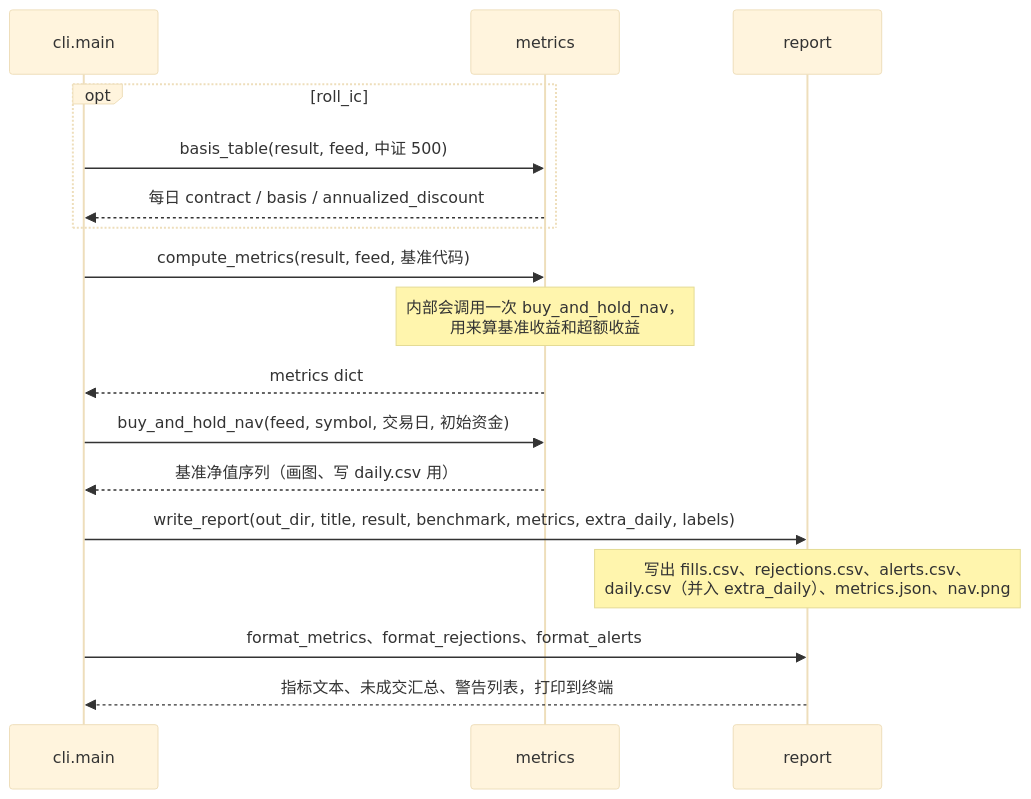
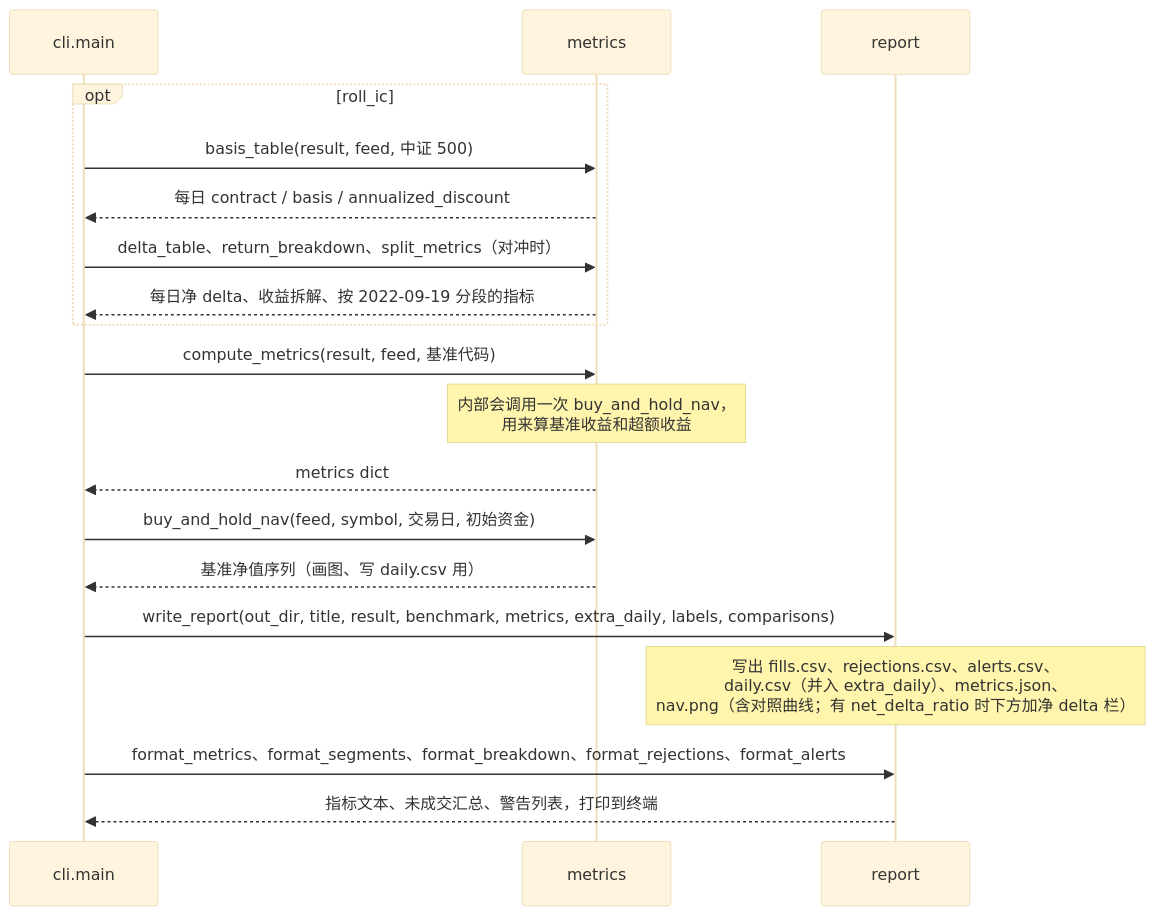
Before and after one commit to guevara12345/quant: the eighth of 27 diagrams in docs/code-walkthrough.md, drawn with Mermaid (base theme). The commit also changed other lines of this file and 16 other files, not shown here.

First line of the commit message:
feat: 滚 IC + put delta 中性：put 对冲、每日净 delta、收益拆解、分段指标（ticket 06）

````diff
--- a/docs/code-walkthrough.md
+++ b/docs/code-walkthrough.md
@@ -552,20 +568,22 @@
 ```mermaid
 sequenceDiagram
     participant CLI as cli.main
     participant M as metrics
     participant RP as report
 
     opt roll_ic
         CLI->>M: basis_table(result, feed, 中证 500)
         M-->>CLI: 每日 contract / basis / annualized_discount
+        CLI->>M: delta_table、return_breakdown、split_metrics（对冲时）
+        M-->>CLI: 每日净 delta、收益拆解、按 2022-09-19 分段的指标
     end
     CLI->>M: compute_metrics(result, feed, 基准代码)
     Note over M: 内部会调用一次 buy_and_hold_nav，<br/>用来算基准收益和超额收益
     M-->>CLI: metrics dict
     CLI->>M: buy_and_hold_nav(feed, symbol, 交易日, 初始资金)
     M-->>CLI: 基准净值序列（画图、写 daily.csv 用）
-    CLI->>RP: write_report(out_dir, title, result, benchmark, metrics, extra_daily, labels)
-    Note over RP: 写出 fills.csv、rejections.csv、alerts.csv、<br/>daily.csv（并入 extra_daily）、metrics.json、nav.png
-    CLI->>RP: format_metrics、format_rejections、format_alerts
+    CLI->>RP: write_report(out_dir, title, result, benchmark, metrics, extra_daily, labels, comparisons)
+    Note over RP: 写出 fills.csv、rejections.csv、alerts.csv、<br/>daily.csv（并入 extra_daily）、metrics.json、<br/>nav.png（含对照曲线；有 net_delta_ratio 时下方加净 delta 栏）
+    CLI->>RP: format_metrics、format_segments、format_breakdown、format_rejections、format_alerts
     RP-->>CLI: 指标文本、未成交汇总、警告列表，打印到终端
 ```
````
